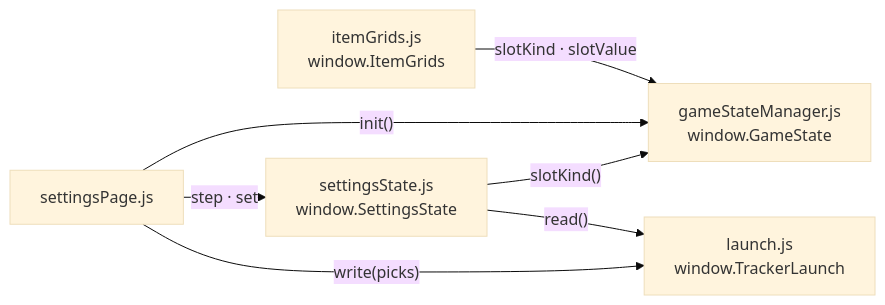
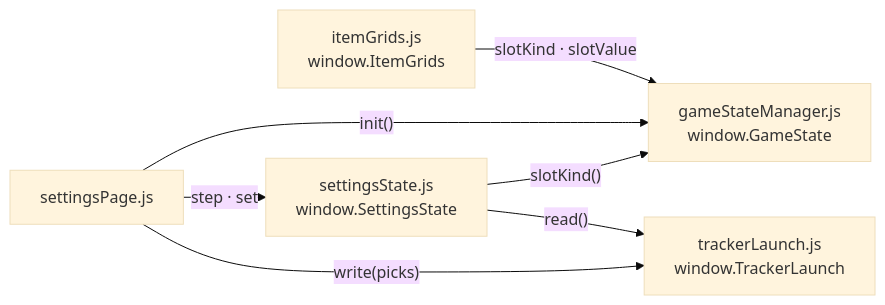
The ninth of 20 diagrams in documentation/architecture-diagram.md (GonzaloJMora/mm3drTracker), drawn with Mermaid (base theme) before and after one commit. The commit also changed other lines of this file and 72 other files, not shown here.

````diff
--- a/documentation/architecture-diagram.md
+++ b/documentation/architecture-diagram.md
@@ -153,16 +248,16 @@
 ```mermaid
 %%{init: {"flowchart": {"rankSpacing": 15, "nodeSpacing": 25}}}%%
 flowchart LR
     SPJ["settingsPage.js"]
     IG["itemGrids.js<br/>window.ItemGrids"]
     SS["settingsState.js<br/>window.SettingsState"]
     GSM["gameStateManager.js<br/>window.GameState"]
-    TL["launch.js<br/>window.TrackerLaunch"]
+    TL["trackerLaunch.js<br/>window.TrackerLaunch"]
 
     IG -- "slotKind · slotValue" --> GSM
     SPJ -- "init()" --> GSM
     SS -- "slotKind()" --> GSM
     SPJ -- "step · set" --> SS
     SS -- "read()" --> TL
     SPJ -- "write(picks)" --> TL
 ```
````
